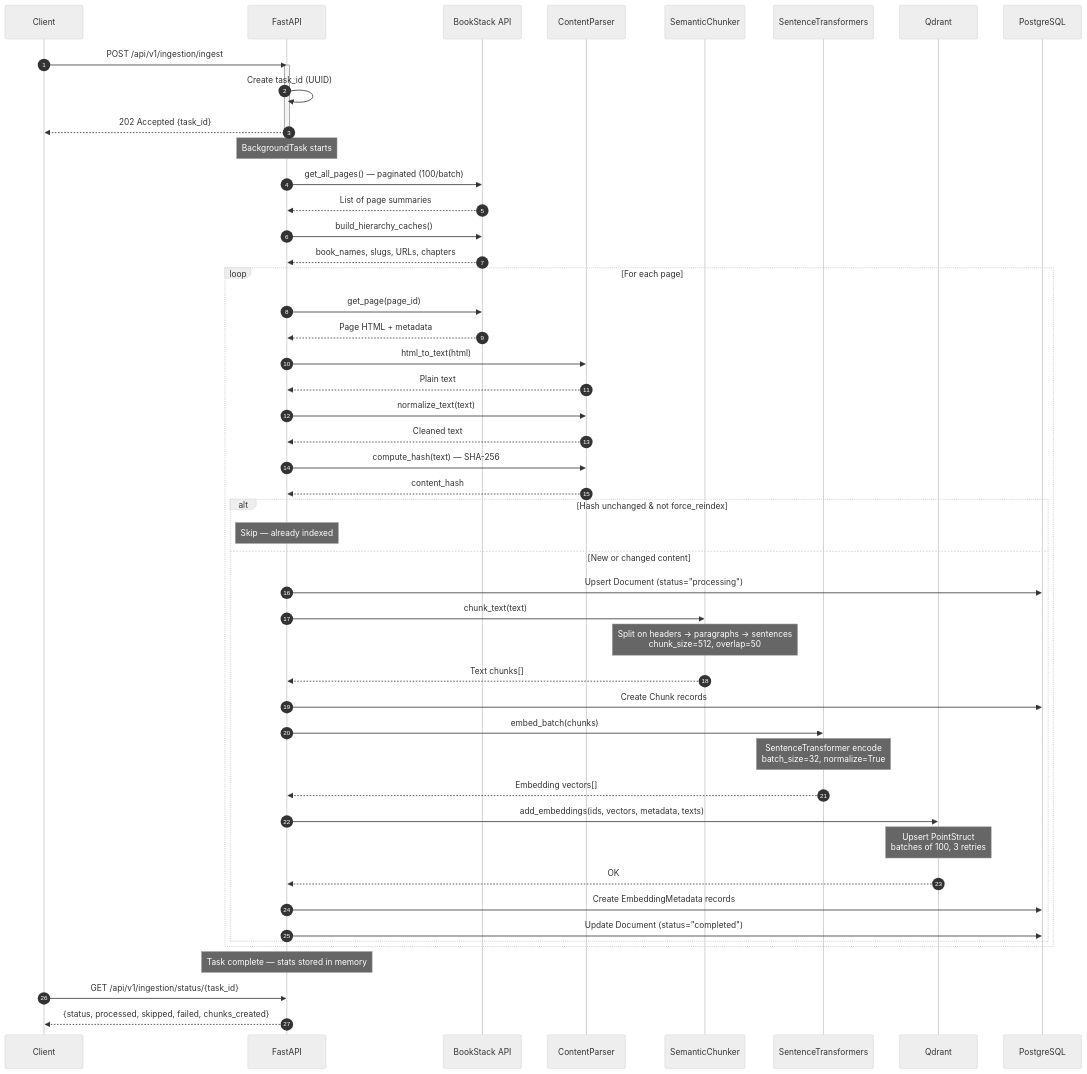
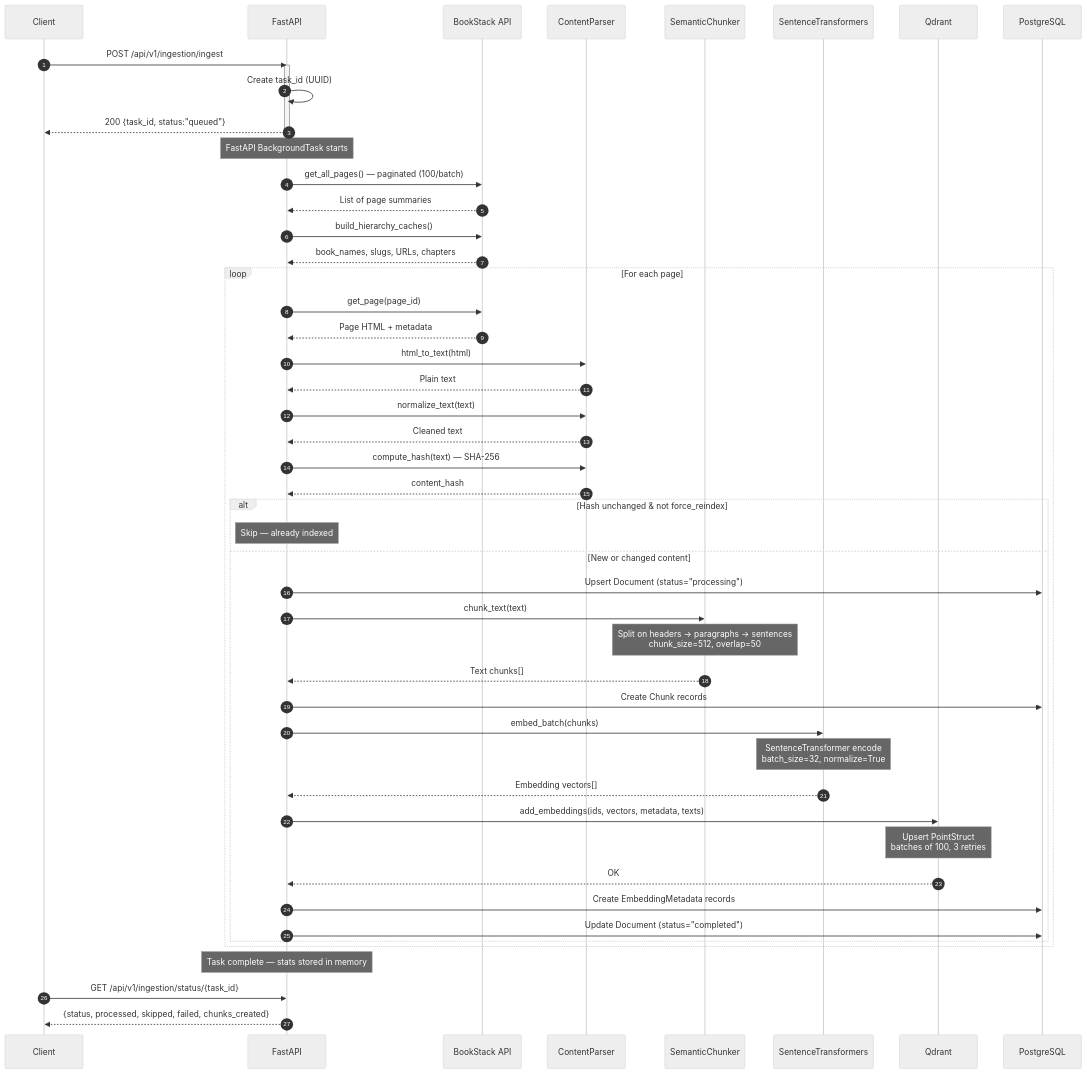
Before and after one commit to Jithendhar18/bookstack-rag-agent: the second of 10 diagrams in docs/architecture.md, drawn with Mermaid (neutral theme). The commit also changed other lines of this file and 14 other files, not shown here.

````diff
--- a/docs/architecture.md
+++ b/docs/architecture.md
@@ -36,67 +36,67 @@
 ```mermaid
 sequenceDiagram
     autonumber
     participant C as Client
     participant API as FastAPI
     participant BS as BookStack API
     participant P as ContentParser
     participant CH as SemanticChunker
     participant EMB as SentenceTransformers
     participant QD as Qdrant
     participant PG as PostgreSQL
 
     C->>API: POST /api/v1/ingestion/ingest
     activate API
     API->>API: Create task_id (UUID)
-    API-->>C: 202 Accepted {task_id}
+    API-->>C: 200 {task_id, status:"queued"}
     deactivate API
 
-    Note over API: BackgroundTask starts
+    Note over API: FastAPI BackgroundTask starts
 
     API->>BS: get_all_pages() — paginated (100/batch)
     BS-->>API: List of page summaries
 
     API->>BS: build_hierarchy_caches()
     BS-->>API: book_names, slugs, URLs, chapters
 
     loop For each page
         API->>BS: get_page(page_id)
         BS-->>API: Page HTML + metadata
 
         API->>P: html_to_text(html)
         P-->>API: Plain text
 
         API->>P: normalize_text(text)
         P-->>API: Cleaned text
 
         API->>P: compute_hash(text) — SHA-256
         P-->>API: content_hash
 
         alt Hash unchanged & not force_reindex
             Note over API: Skip — already indexed
         else New or changed content
             API->>PG: Upsert Document (status="processing")
 
             API->>CH: chunk_text(text)
             Note over CH: Split on headers → paragraphs → sentences<br/>chunk_size=512, overlap=50
             CH-->>API: Text chunks[]
 
             API->>PG: Create Chunk records
 
             API->>EMB: embed_batch(chunks)
             Note over EMB: SentenceTransformer encode<br/>batch_size=32, normalize=True
             EMB-->>API: Embedding vectors[]
 
             API->>QD: add_embeddings(ids, vectors, metadata, texts)
             Note over QD: Upsert PointStruct<br/>batches of 100, 3 retries
             QD-->>API: OK
 
             API->>PG: Create EmbeddingMetadata records
             API->>PG: Update Document (status="completed")
         end
     end
 
     Note over API: Task complete — stats stored in memory
     C->>API: GET /api/v1/ingestion/status/{task_id}
     API-->>C: {status, processed, skipped, failed, chunks_created}
 ```
````
